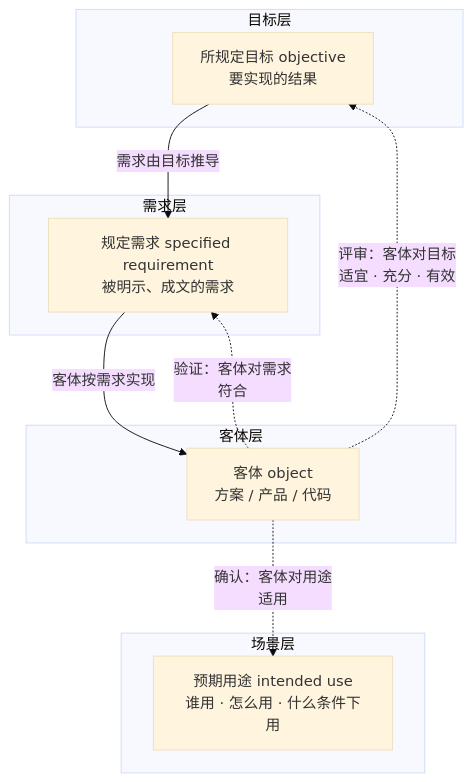
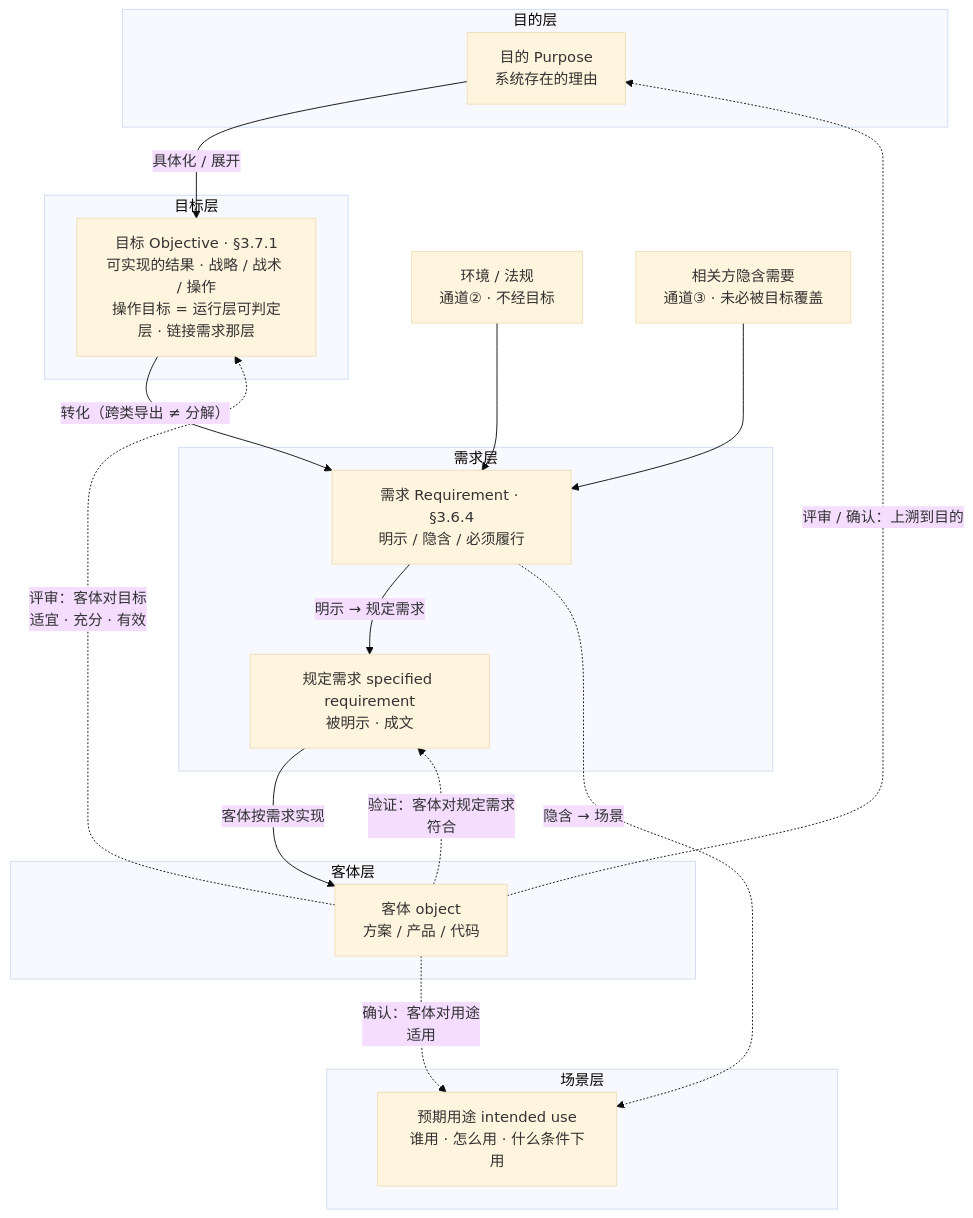
Before and after one commit to Yongjunzhou/AOS-system-design: the diagram in 50-research/教材书/成书/build/.mmd/ch08-fig01.mmd, drawn with Mermaid (base theme). The commit also changed 41 other files, not shown here.

```diff
--- a/50-research/教材书/成书/build/.mmd/ch08-fig01.mmd
+++ b/50-research/教材书/成书/build/.mmd/ch08-fig01.mmd
@@ -1,18 +1,30 @@
 flowchart TB
+    subgraph 目的层["目的层"]
+        P["目的 Purpose<br/>系统存在的理由"]
+    end
+    E["环境 / 法规<br/>通道② · 不经目标"]
+    S["相关方隐含需要<br/>通道③ · 未必被目标覆盖"]
     subgraph 目标层["目标层"]
-        T["所规定目标 objective<br/>要实现的结果"]
+        T["目标 Objective · §3.7.1<br/>可实现的结果 · 战略 / 战术 / 操作<br/>操作目标 = 运行层可判定层 · 链接需求那层"]
     end
     subgraph 需求层["需求层"]
-        R["规定需求 specified requirement<br/>被明示、成文的需求"]
+        R["需求 Requirement · §3.6.4<br/>明示 / 隐含 / 必须履行"]
+        SR["规定需求 specified requirement<br/>被明示 · 成文"]
     end
     subgraph 客体层["客体层"]
         O["客体 object<br/>方案 / 产品 / 代码"]
     end
     subgraph 场景层["场景层"]
         U["预期用途 intended use<br/>谁用 · 怎么用 · 什么条件下用"]
     end
-    T -->|"需求由目标推导"| R
-    R -->|"客体按需求实现"| O
+    P -->|"具体化 / 展开"| T
+    T -->|"转化（跨类导出 ≠ 分解）"| R
+    E --> R
+    S --> R
+    R -->|"明示 → 规定需求"| SR
+    R -.->|"隐含 → 场景"| U
+    SR -->|"客体按需求实现"| O
     O -.->|"评审：客体对目标<br/>适宜 · 充分 · 有效"| T
-    O -.->|"验证：客体对需求<br/>符合"| R
+    O -.->|"验证：客体对规定需求<br/>符合"| SR
     O -.->|"确认：客体对用途<br/>适用"| U
+    O -.->|"评审 / 确认：上溯到目的"| P
```
